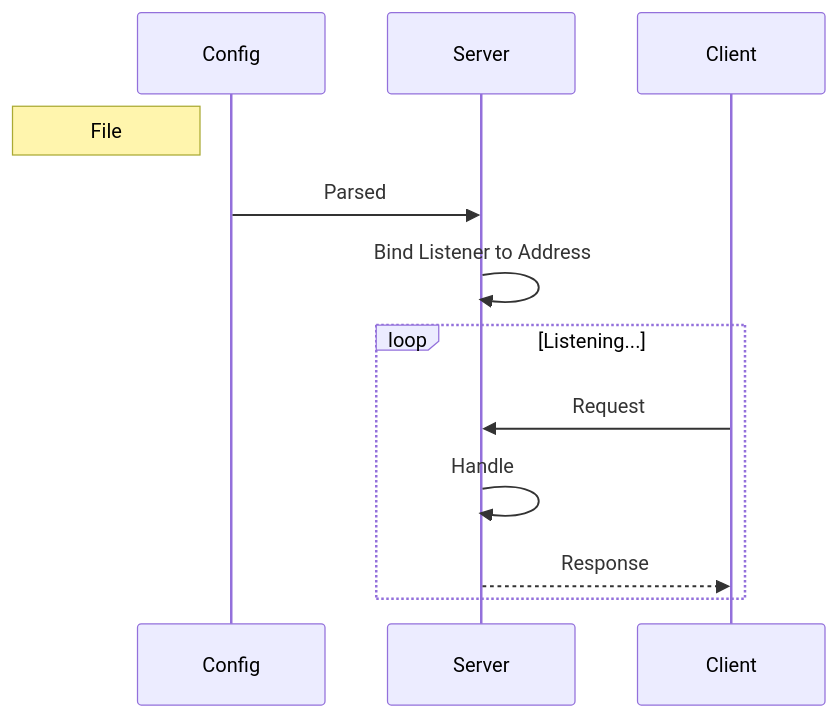
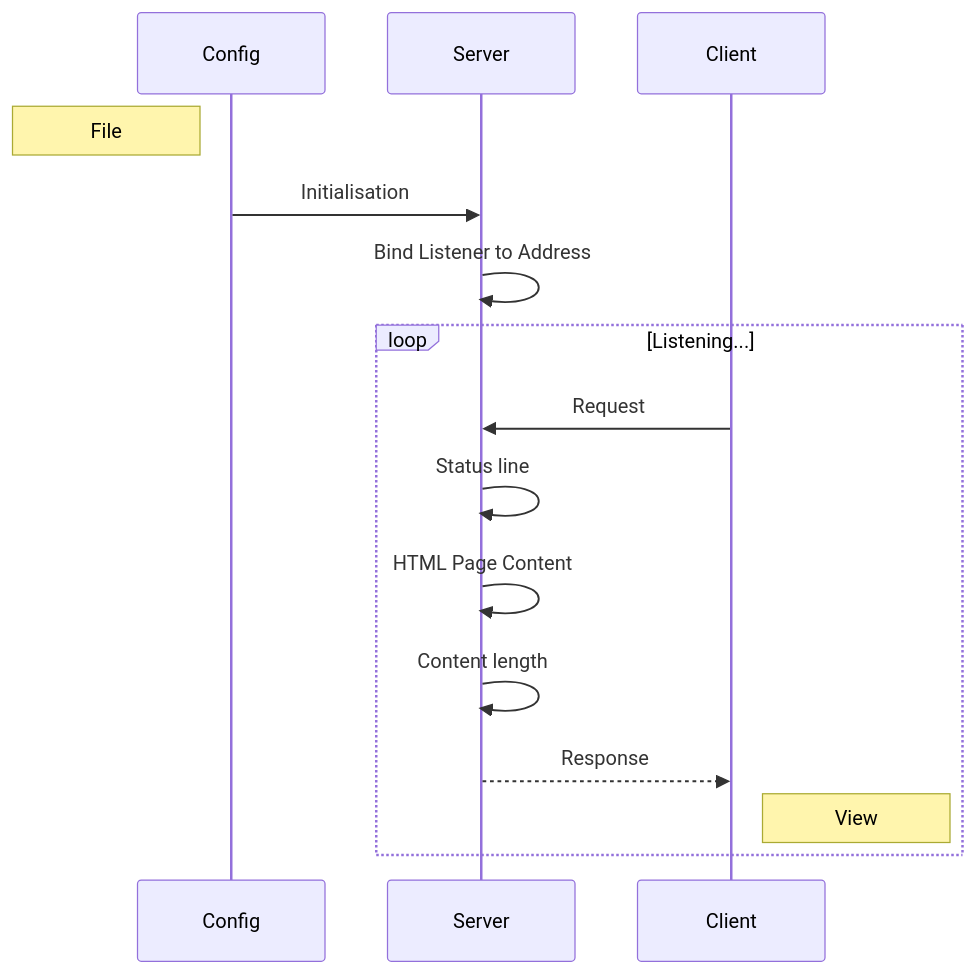
Before and after one commit to 8lkc/localhost: the second of 2 diagrams in README.md, drawn with Mermaid. The commit also changed other lines of this file and 13 other files, not shown here.

````diff
--- a/README.md
+++ b/README.md
@@ -112,12 +142,16 @@
 ```mermaid
 sequenceDiagram
 
 Note left of Config: File
-Config ->> Server: Parsed
+Config ->> Server: Initialisation
 Server ->> Server: Bind Listener to Address
+
 loop Listening...
-Client ->> Server: Request
-Server ->> Server: Handle
-Server -->> Client: Response
+  Client ->> Server: Request
+  Server ->> Server: Status line
+  Server ->> Server: HTML Page Content
+  Server ->> Server: Content length
+  Server -->> Client: Response
+  Note right of Client: View
 end
 ```
````
